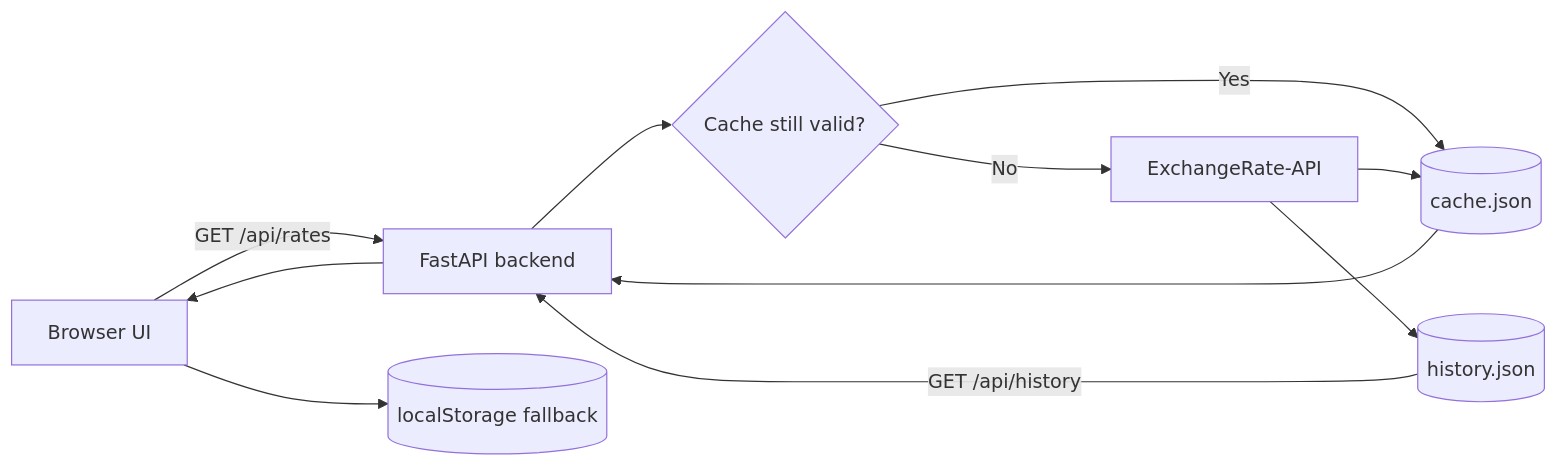
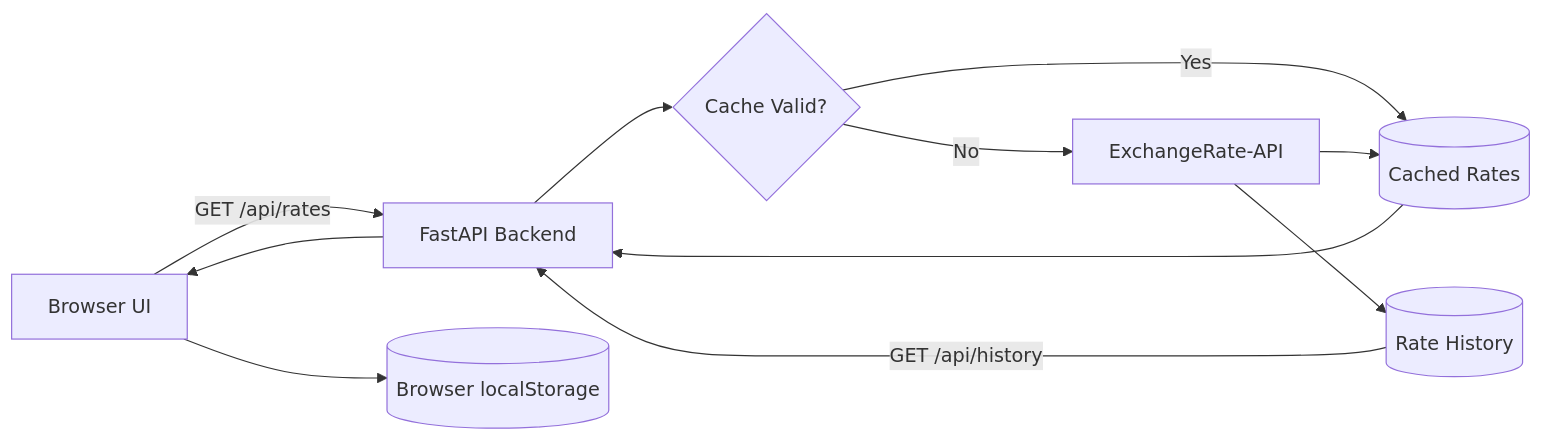
One commit to muzammilkhaliq7894-ui/Rupee-Tracker changed the diagram in README.md. Above: the diagram before and after it, drawn with Mermaid. The commit also changed other lines of this file and 1 other file, not shown here.

````diff
--- a/README.md
+++ b/README.md
@@ -148,13 +159,13 @@
 ```mermaid
 flowchart LR
-    A[Browser UI] -->|GET /api/rates| B[FastAPI backend]
-    B --> C{Cache still valid?}
-    C -->|Yes| D[(cache.json)]
+    A[Browser UI] -->|GET /api/rates| B[FastAPI Backend]
+    B --> C{Cache Valid?}
+    C -->|Yes| D[(Cached Rates)]
     C -->|No| E[ExchangeRate-API]
     E --> D
-    E --> F[(history.json)]
+    E --> F[(Rate History)]
     D --> B
     F -->|GET /api/history| B
     B --> A
-    A --> G[(localStorage fallback)]
+    A --> G[(Browser localStorage)]
 ```
````
